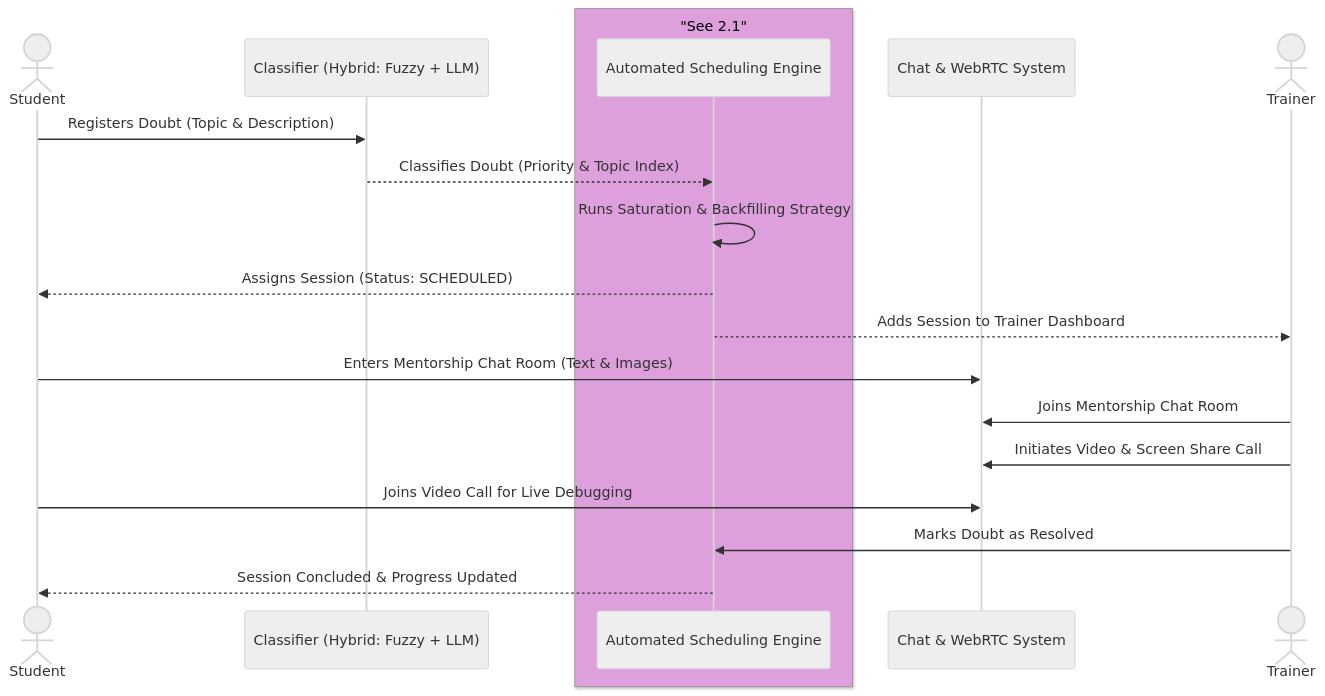
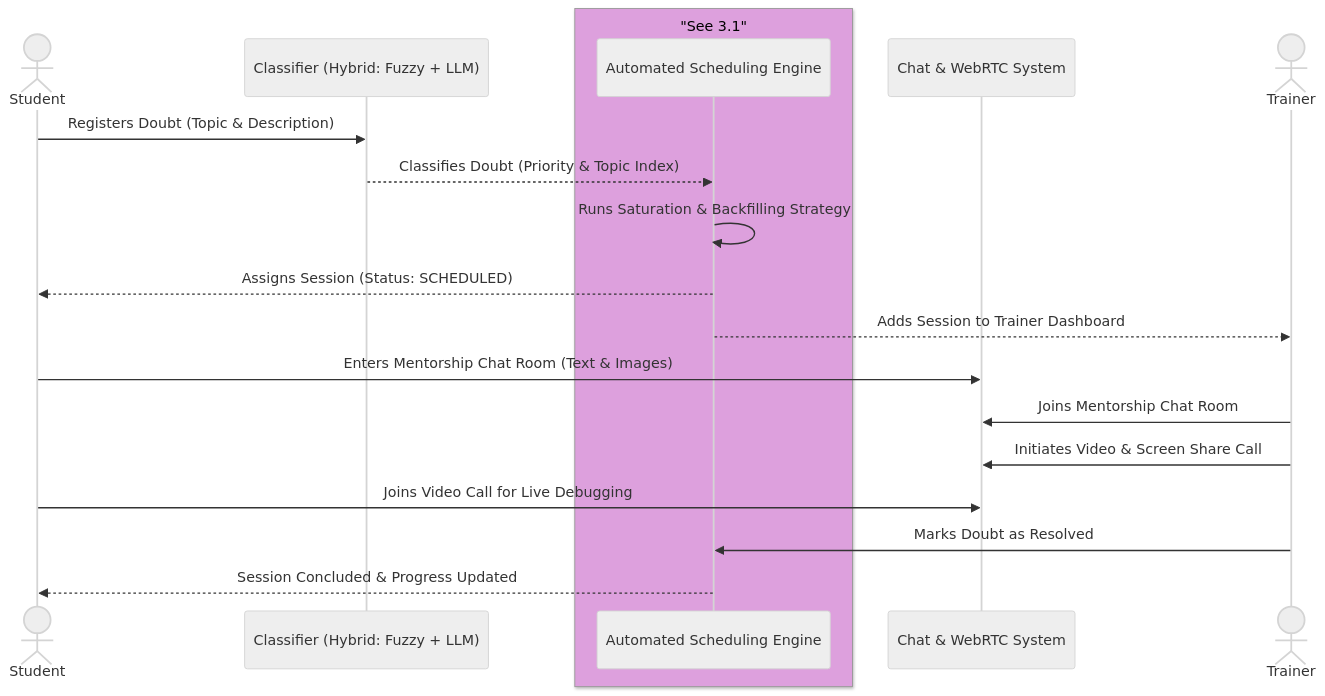
Before and after one commit to suyash-rgb/JS-Mentor: the ninth of 22 diagrams in README.md, drawn with Mermaid (neutral theme). The commit also changed other lines of this file and 4 other files, not shown here.

````diff
--- a/README.md
+++ b/README.md
@@ -346,24 +395,24 @@
 ```mermaid
 sequenceDiagram
     actor S as Student
     participant C as Classifier (Hybrid: Fuzzy + LLM)
     
-    box Plum "See 2.1"
+    box Plum "See 3.1"
     participant E as Automated Scheduling Engine
     end
     
     participant CH as Chat & WebRTC System
     actor T as Trainer
 
     S->>C: Registers Doubt (Topic & Description)
     C-->>E: Classifies Doubt (Priority & Topic Index)
     E->>E: Runs Saturation & Backfilling Strategy
     E-->>S: Assigns Session (Status: SCHEDULED)
     E-->>T: Adds Session to Trainer Dashboard
     S->>CH: Enters Mentorship Chat Room (Text & Images)
     T->>CH: Joins Mentorship Chat Room
     T->>CH: Initiates Video & Screen Share Call
     S->>CH: Joins Video Call for Live Debugging
     T->>E: Marks Doubt as Resolved
     E-->>S: Session Concluded & Progress Updated
 ```
````
